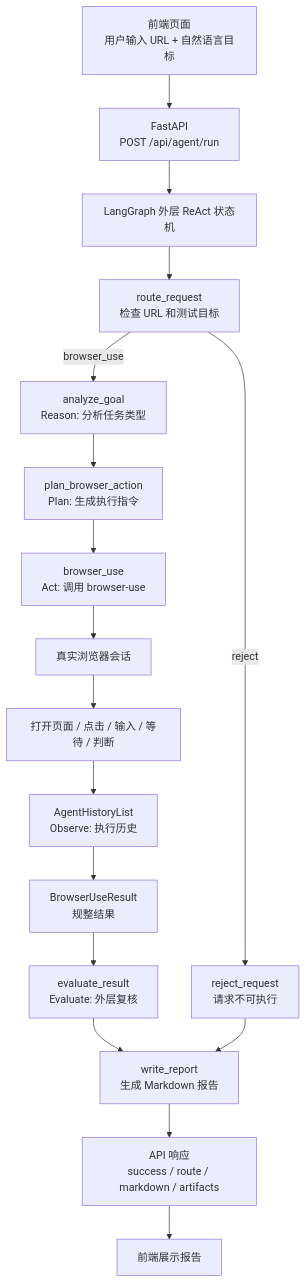
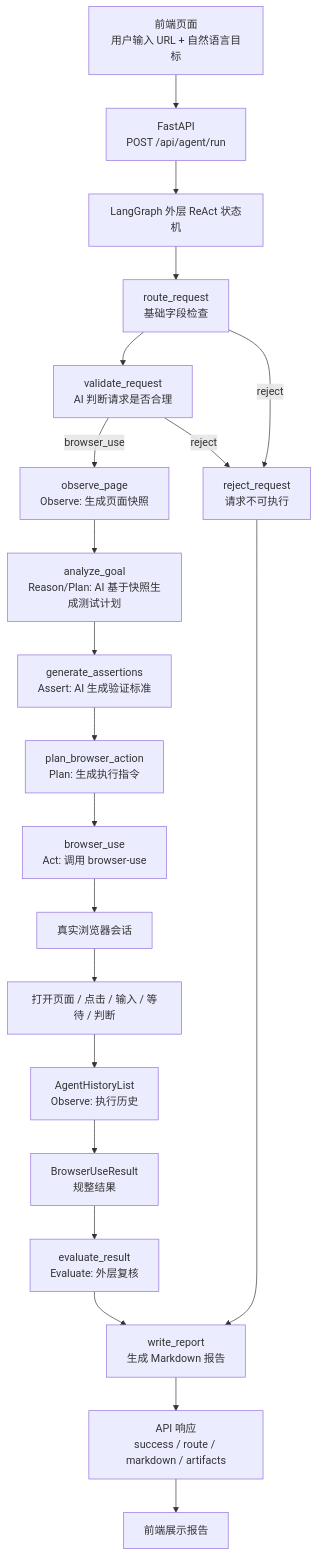
One commit to PGH11/agent-browser changed the first of 3 diagrams in README.md. Above: the diagram before and after it, drawn with Mermaid. The commit also changed other lines of this file and 16 other files, not shown here.

````diff
--- a/README.md
+++ b/README.md
@@ -137,22 +74,26 @@
 ```mermaid
 flowchart TD
     A["前端页面<br/>用户输入 URL + 自然语言目标"] --> B["FastAPI<br/>POST /api/agent/run"]
     B --> C["LangGraph 外层 ReAct 状态机"]
-    C --> D["route_request<br/>检查 URL 和测试目标"]
+    C --> D["route_request<br/>基础字段检查"]
+    D --> E["validate_request<br/>AI 判断请求是否合理"]
 
-    D -->|"browser_use"| E["analyze_goal<br/>Reason: 分析任务类型"]
-    E --> F["plan_browser_action<br/>Plan: 生成执行指令"]
-    F --> G["browser_use<br/>Act: 调用 browser-use"]
-    G --> H["真实浏览器会话"]
-    H --> I["打开页面 / 点击 / 输入 / 等待 / 判断"]
-    I --> J["AgentHistoryList<br/>Observe: 执行历史"]
-    J --> K["BrowserUseResult<br/>规整结果"]
-    K --> L["evaluate_result<br/>Evaluate: 外层复核"]
-    L --> M["write_report<br/>生成 Markdown 报告"]
+    E -->|"browser_use"| F["observe_page<br/>Observe: 生成页面快照"]
+    F --> G["analyze_goal<br/>Reason/Plan: AI 基于快照生成测试计划"]
+    G --> H["generate_assertions<br/>Assert: AI 生成验证标准"]
+    H --> I["plan_browser_action<br/>Plan: 生成执行指令"]
+    I --> J["browser_use<br/>Act: 调用 browser-use"]
+    J --> K["真实浏览器会话"]
+    K --> L["打开页面 / 点击 / 输入 / 等待 / 判断"]
+    L --> M["AgentHistoryList<br/>Observe: 执行历史"]
+    M --> N["BrowserUseResult<br/>规整结果"]
+    N --> O["evaluate_result<br/>Evaluate: 外层复核"]
+    O --> P["write_report<br/>生成 Markdown 报告"]
 
-    D -->|"reject"| N["reject_request<br/>请求不可执行"]
-    N --> M
+    D -->|"reject"| Q["reject_request<br/>请求不可执行"]
+    E -->|"reject"| Q
+    Q --> P
 
-    M --> O["API 响应<br/>success / route / markdown / artifacts"]
-    O --> P["前端展示报告"]
+    P --> R["API 响应<br/>success / route / markdown / artifacts"]
+    R --> S["前端展示报告"]
 ```
````
